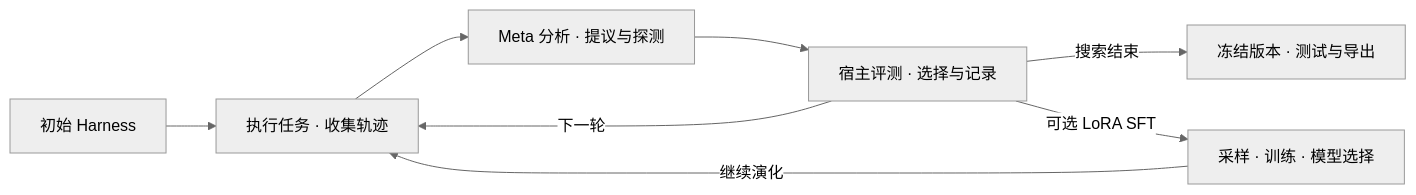
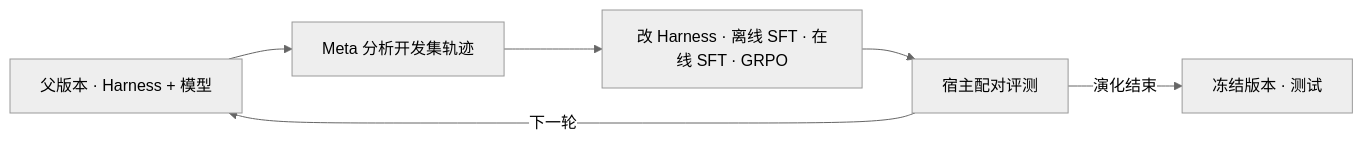
The diagram in README.md (PLUTO-SCY/RSI_Base), drawn with Mermaid (neutral theme) before and after one commit. The commit also changed other lines of this file and 17 other files, not shown here.

Commit message:
Integrate adaptive harness, SFT and GRPO evolution

````diff
--- a/README.md
+++ b/README.md
@@ -32,10 +33,8 @@
 ```mermaid
 flowchart LR
-    A["初始 Harness"] --> B["执行任务 · 收集轨迹"]
-    B --> C["Meta 分析 · 提议与探测"]
-    C --> D["宿主评测 · 选择与记录"]
-    D -->|下一轮| B
-    D -->|搜索结束| E["冻结版本 · 测试与导出"]
-    D -->|可选 LoRA SFT| F["采样 · 训练 · 模型选择"]
-    F -->|继续演化| B
+    A["父版本 · Harness + 模型"] --> B["Meta 分析开发集轨迹"]
+    B --> C["改 Harness · 离线 SFT · 在线 SFT · GRPO"]
+    C --> D["宿主配对评测"]
+    D -->|下一轮| A
+    D -->|演化结束| E["冻结版本 · 测试"]
 ```
````
